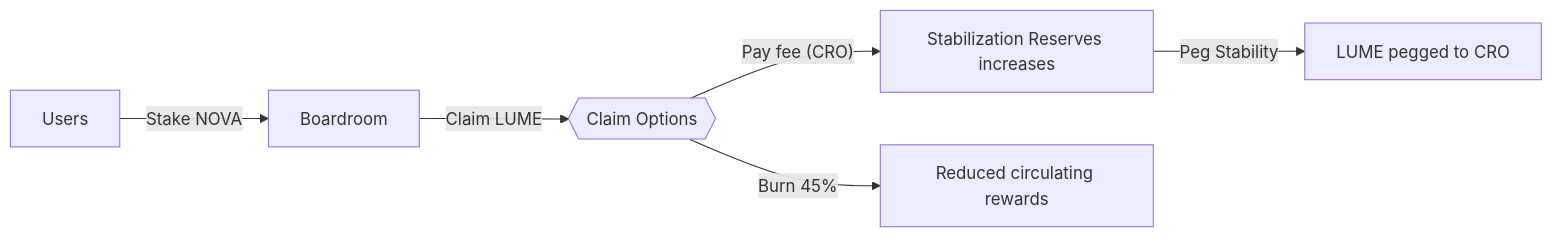
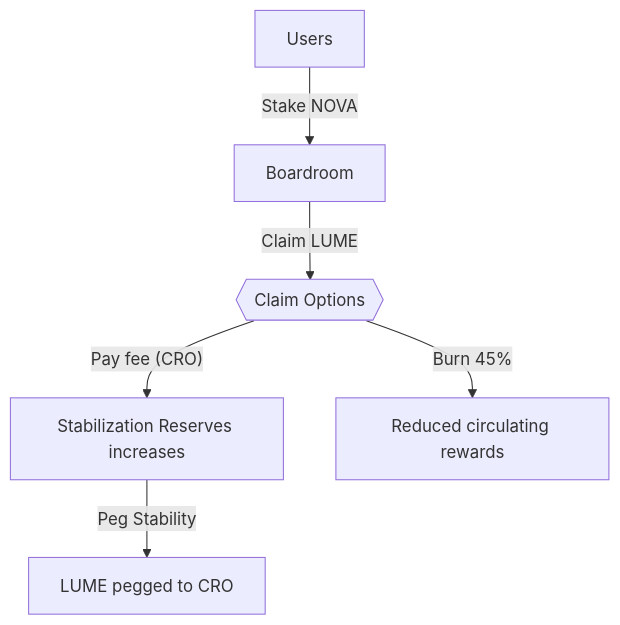
The first of 3 diagrams in README.md (lume-fi/lumefi-contracts), drawn with Mermaid before and after one commit.

````diff
--- a/README.md
+++ b/README.md
@@ -62,8 +62,8 @@
 ```mermaid
-flowchart LR
+flowchart TD
     Users -->|"Stake NOVA"| Boardroom[Boardroom]
     Boardroom -->|"Claim LUME"| ClaimOptions{{"Claim Options"}}
     ClaimOptions -->|"Pay fee (CRO)"| PSR["Stabilization Reserves increases"]
     ClaimOptions -->|"Burn 45%"| RewardsReduced["Reduced circulating rewards"]
     PSR -->|"Peg Stability"| LUMEToken["LUME pegged to CRO"]
 ```
````
